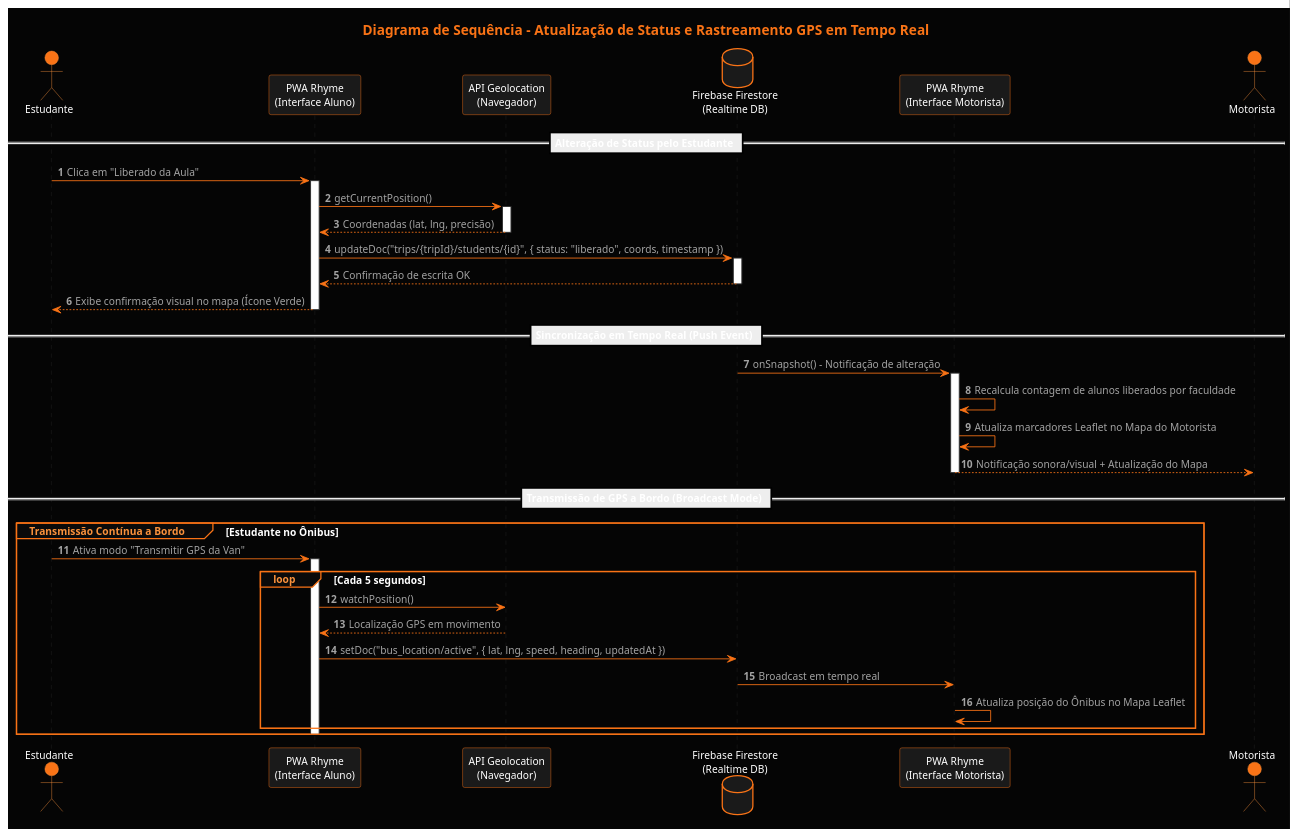
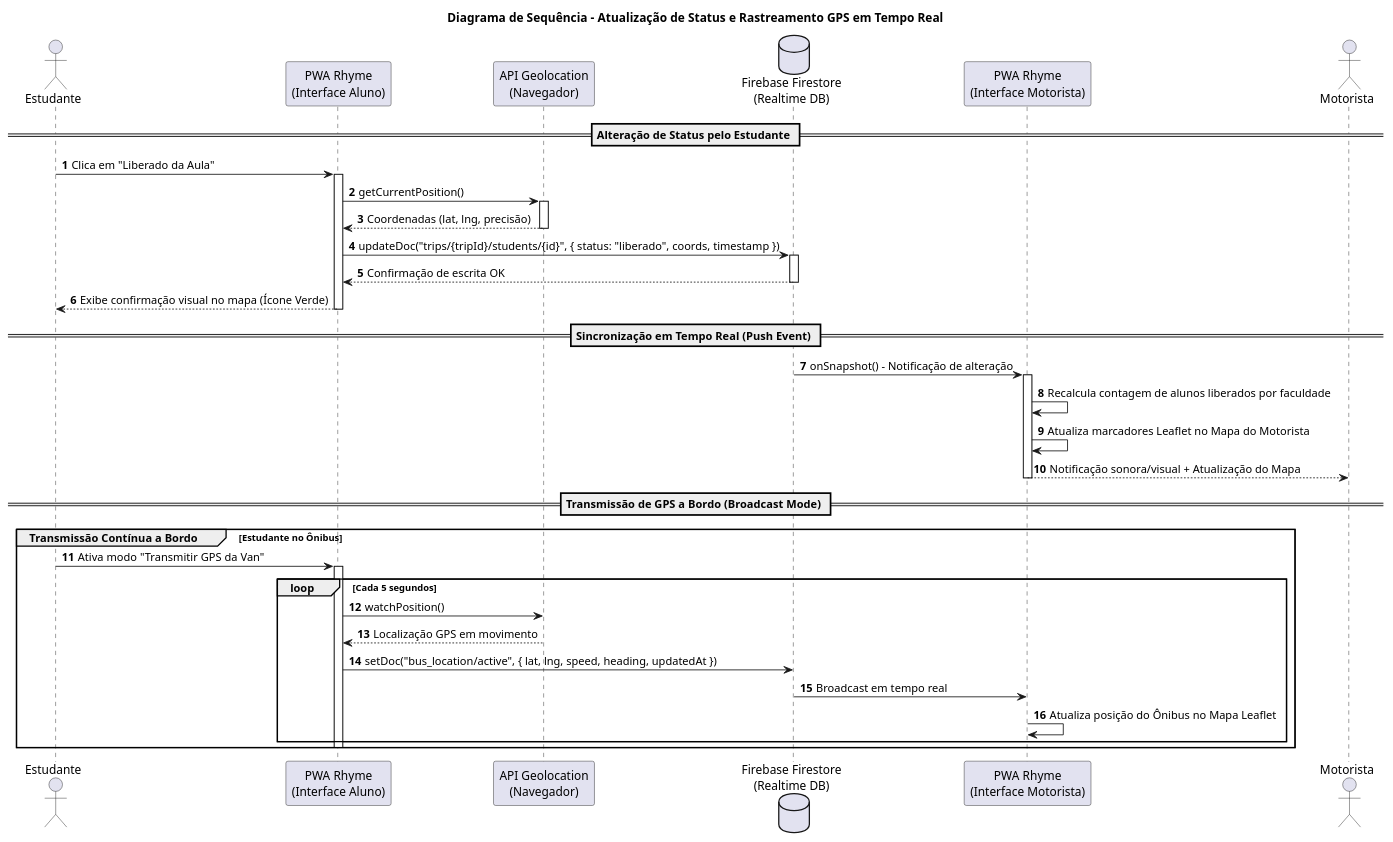
Before and after one commit to Luis-Henrique-ufg/Manual-de-Processos: the diagram in diagramas/sequencia-tempo-real.puml, drawn with PlantUML. The commit also changed 4 other files, not shown here.

```diff
--- a/diagramas/sequencia-tempo-real.puml
+++ b/diagramas/sequencia-tempo-real.puml
@@ -1,81 +1,55 @@
 @startuml Diagrama_Sequencia_Rhyme
-skinparam backgroundColor #050505
-skinparam defaultFontName "Segoe UI", Arial, sans-serif
-skinparam defaultFontSize 12
-skinparam defaultFontColor #FFFFFF
-skinparam TitleFontColor #F97316
-skinparam TitleFontSize 16
-
-skinparam ParticipantBackgroundColor #1A1A1A
-skinparam ParticipantBorderColor #F97316
-skinparam ParticipantFontColor #FFFFFF
-
-skinparam DatabaseBackgroundColor #1A1A1A
-skinparam DatabaseBorderColor #F97316
-skinparam DatabaseFontColor #FFFFFF
-
-skinparam ActorBackgroundColor #F97316
-skinparam ActorBorderColor #FB923C
-skinparam ActorFontColor #FFFFFF
-
-skinparam SequenceLifeLineBorderColor #262626
-skinparam SequenceGroupBackgroundColor #0A0A0A
-skinparam SequenceGroupBorderColor #F97316
-skinparam SequenceGroupHeaderFontColor #FB923C
-
-skinparam ArrowColor #F97316
-skinparam ArrowFontColor #A3A3A3
 
 title Diagrama de Sequência - Atualização de Status e Rastreamento GPS em Tempo Real
 
 actor "Estudante" as E
 participant "PWA Rhyme\n(Interface Aluno)" as AppA
 participant "API Geolocation\n(Navegador)" as GPS
 database "Firebase Firestore\n(Realtime DB)" as DB
 participant "PWA Rhyme\n(Interface Motorista)" as AppM
 actor "Motorista" as M
 
 autonumber
 
 == Alteração de Status pelo Estudante ==
 E -> AppA: Clica em "Liberado da Aula"
 activate AppA
 
 AppA -> GPS: getCurrentPosition()
 activate GPS
 GPS --> AppA: Coordenadas (lat, lng, precisão)
 deactivate GPS
 
 AppA -> DB: updateDoc("trips/{tripId}/students/{id}", { status: "liberado", coords, timestamp })
 activate DB
 DB --> AppA: Confirmação de escrita OK
 deactivate DB
 
 AppA --> E: Exibe confirmação visual no mapa (Ícone Verde)
 deactivate AppA
 
 == Sincronização em Tempo Real (Push Event) ==
 DB -> AppM: onSnapshot() - Notificação de alteração
 activate AppM
 
 AppM -> AppM: Recalcula contagem de alunos liberados por faculdade
 AppM -> AppM: Atualiza marcadores Leaflet no Mapa do Motorista
 
 AppM --> M: Notificação sonora/visual + Atualização do Mapa
 deactivate AppM
 
 == Transmissão de GPS a Bordo (Broadcast Mode) ==
 group Transmissão Contínua a Bordo [Estudante no Ônibus]
     E -> AppA: Ativa modo "Transmitir GPS da Van"
     activate AppA
     loop Cada 5 segundos
         AppA -> GPS: watchPosition()
         GPS --> AppA: Localização GPS em movimento
         AppA -> DB: setDoc("bus_location/active", { lat, lng, speed, heading, updatedAt })
         DB -> AppM: Broadcast em tempo real
         AppM -> AppM: Atualiza posição do Ônibus no Mapa Leaflet
     end
     deactivate AppA
 end
 
 @enduml
```
